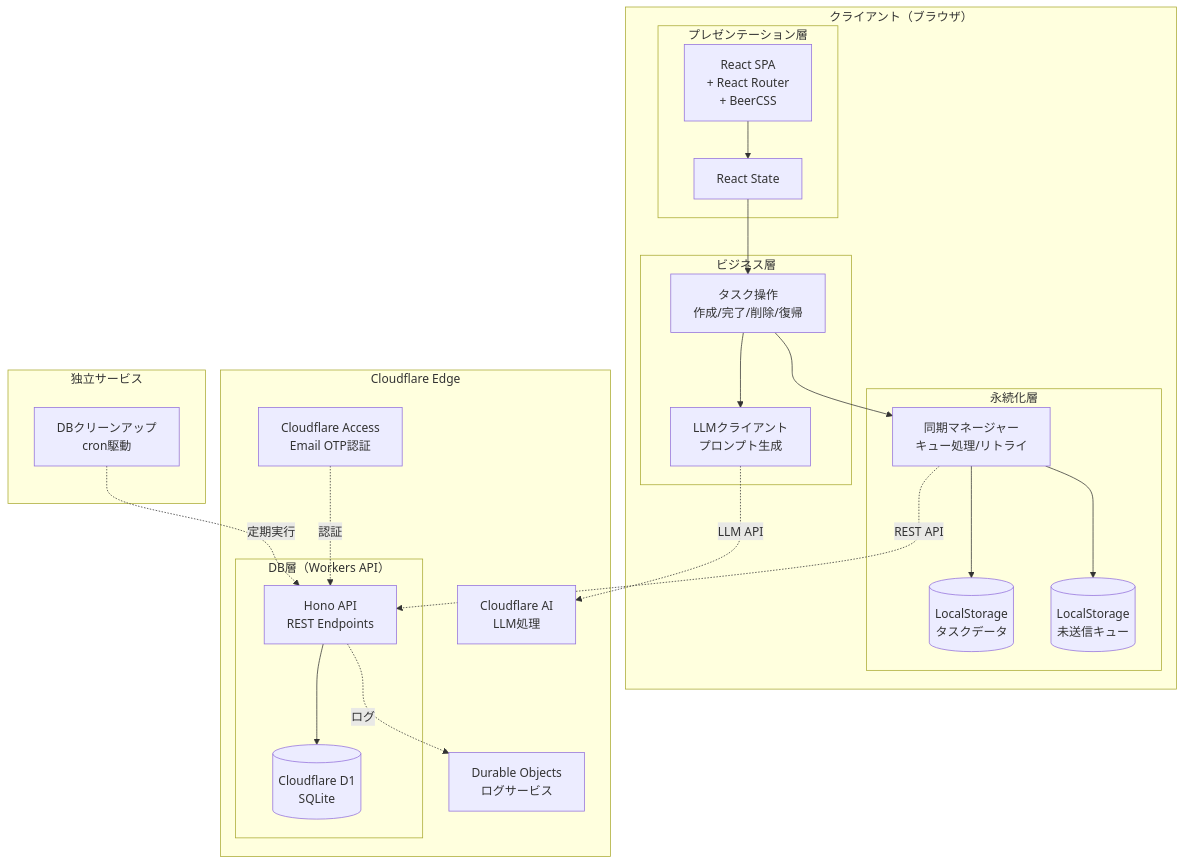
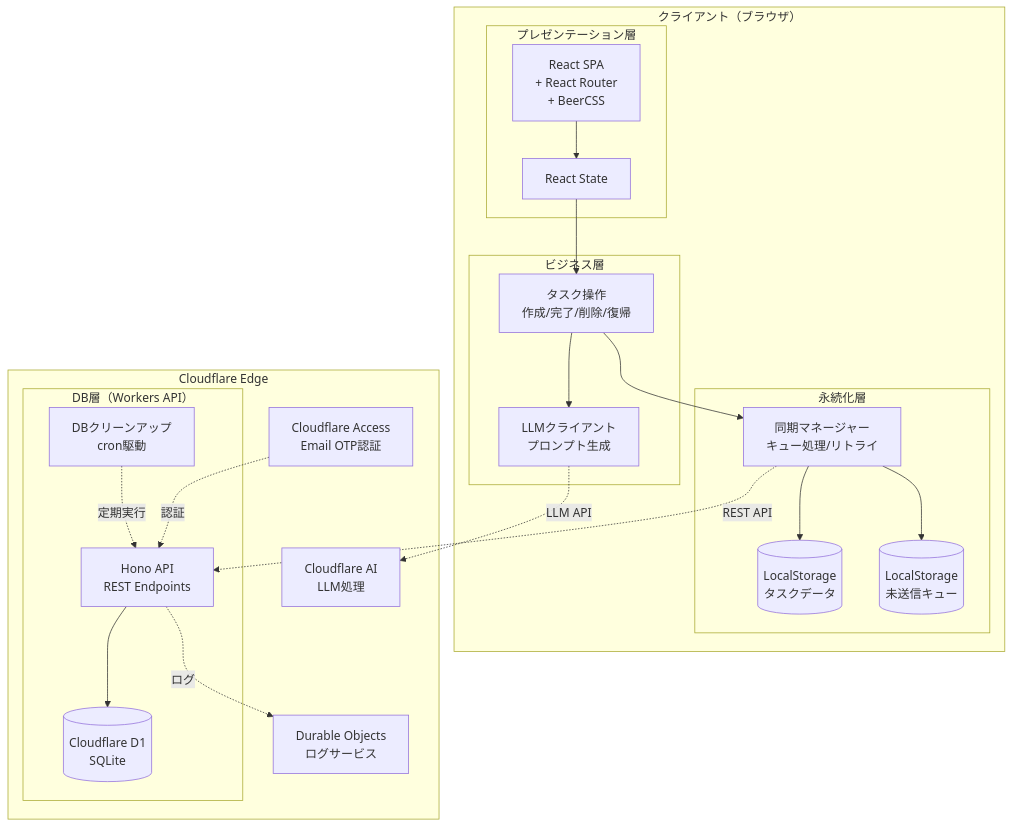
One commit to osawa-naotaka/vanishtodo changed the first of 4 diagrams in doc/05_01_ARCHETECTURE.md. Above: the diagram before and after it, drawn with Mermaid. The commit also changed other lines of this file and 3 other files, not shown here.

````diff
--- a/doc/05_01_ARCHETECTURE.md
+++ b/doc/05_01_ARCHETECTURE.md
@@ -25,49 +25,46 @@
 ```mermaid
 graph TB
     subgraph "クライアント（ブラウザ）"
         subgraph "プレゼンテーション層"
             UI[React SPA<br/>+ React Router<br/>+ BeerCSS]
             State[React State]
         end
         
         subgraph "ビジネス層"
             TaskOps[タスク操作<br/>作成/完了/削除/復帰]
             LLMClient[LLMクライアント<br/>プロンプト生成]
         end
         
         subgraph "永続化層"
             LocalStorage[(LocalStorage<br/>タスクデータ)]
             SyncQueue[(LocalStorage<br/>未送信キュー)]
             SyncManager[同期マネージャー<br/>キュー処理/リトライ]
         end
     end
     
     subgraph "Cloudflare Edge"
         Access[Cloudflare Access<br/>Email OTP認証]
         
         subgraph "DB層（Workers API）"
             Workers[Hono API<br/>REST Endpoints]
             D1[(Cloudflare D1<br/>SQLite)]
+            Cron[DBクリーンアップ<br/>cron駆動]
         end
         
         AI[Cloudflare AI<br/>LLM処理]
         DurableObj[Durable Objects<br/>ログサービス]
-    end
-    
-    subgraph "独立サービス"
-        Cron[DBクリーンアップ<br/>cron駆動]
     end
     
     UI --> State
     State --> TaskOps
     TaskOps --> LLMClient
     TaskOps --> SyncManager
     LLMClient -.LLM API.-> AI
     SyncManager --> LocalStorage
     SyncManager --> SyncQueue
     SyncManager -.REST API.-> Workers
     Workers --> D1
     Workers -.ログ.-> DurableObj
     Cron -.定期実行.-> Workers
     Access -.認証.-> Workers
 ```
````
